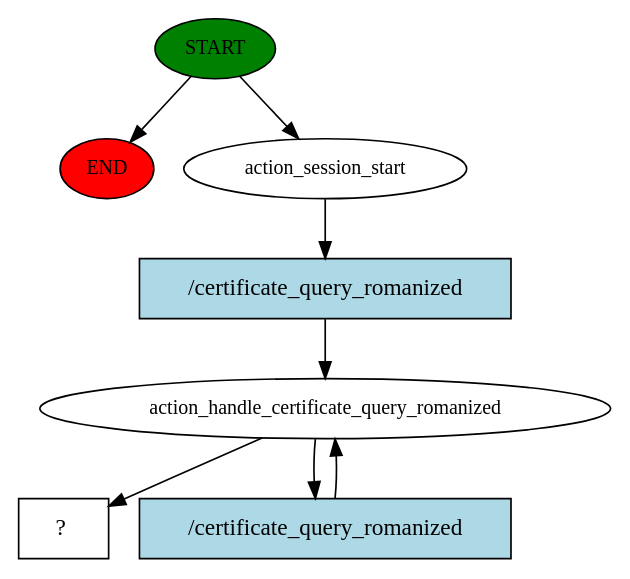
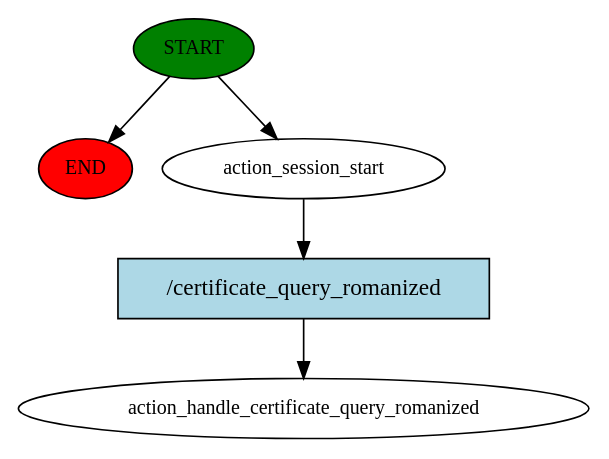
Before and after one commit to PiyushLuitel-07/Samadhan-A-Local-Government-Service-QueryBot: the diagram in story_graph.dot, drawn with Graphviz. The commit also changed 9 other files, not shown here.

```diff
--- a/story_graph.dot
+++ b/story_graph.dot
@@ -1,16 +1,11 @@
 digraph  {
 0 [class="start active", fillcolor=green, fontsize=12, label=START, style=filled];
 "-1" [class=end, fillcolor=red, fontsize=12, label=END, style=filled];
 1 [class=active, fontsize=12, label=action_session_start];
-2 [class=active, fontsize=12, label=action_handle_certificate_query_romanized];
-5 [class="intent dashed active", label="  ?  ", shape=rect];
-6 [class="intent active", fillcolor=lightblue, label="/certificate_query_romanized", shape=rect, style=filled];
-7 [class="intent active", fillcolor=lightblue, label="/certificate_query_romanized", shape=rect, style=filled];
+2 [class="dashed active", fontsize=12, label=action_handle_certificate_query_romanized];
+3 [class="intent active", fillcolor=lightblue, label="/certificate_query_romanized", shape=rect, style=filled];
 0 -> "-1"  [class="", key=NONE, label=""];
 0 -> 1  [class=active, key=NONE, label=""];
-1 -> 6  [class=active, key=0];
-2 -> 5  [class=active, key=NONE, label=""];
-2 -> 7  [class=active, key=0];
-6 -> 2  [class=active, key=0];
-7 -> 2  [class=active, key=0];
+1 -> 3  [class=active, key=0];
+3 -> 2  [class=active, key=0];
 }
```
